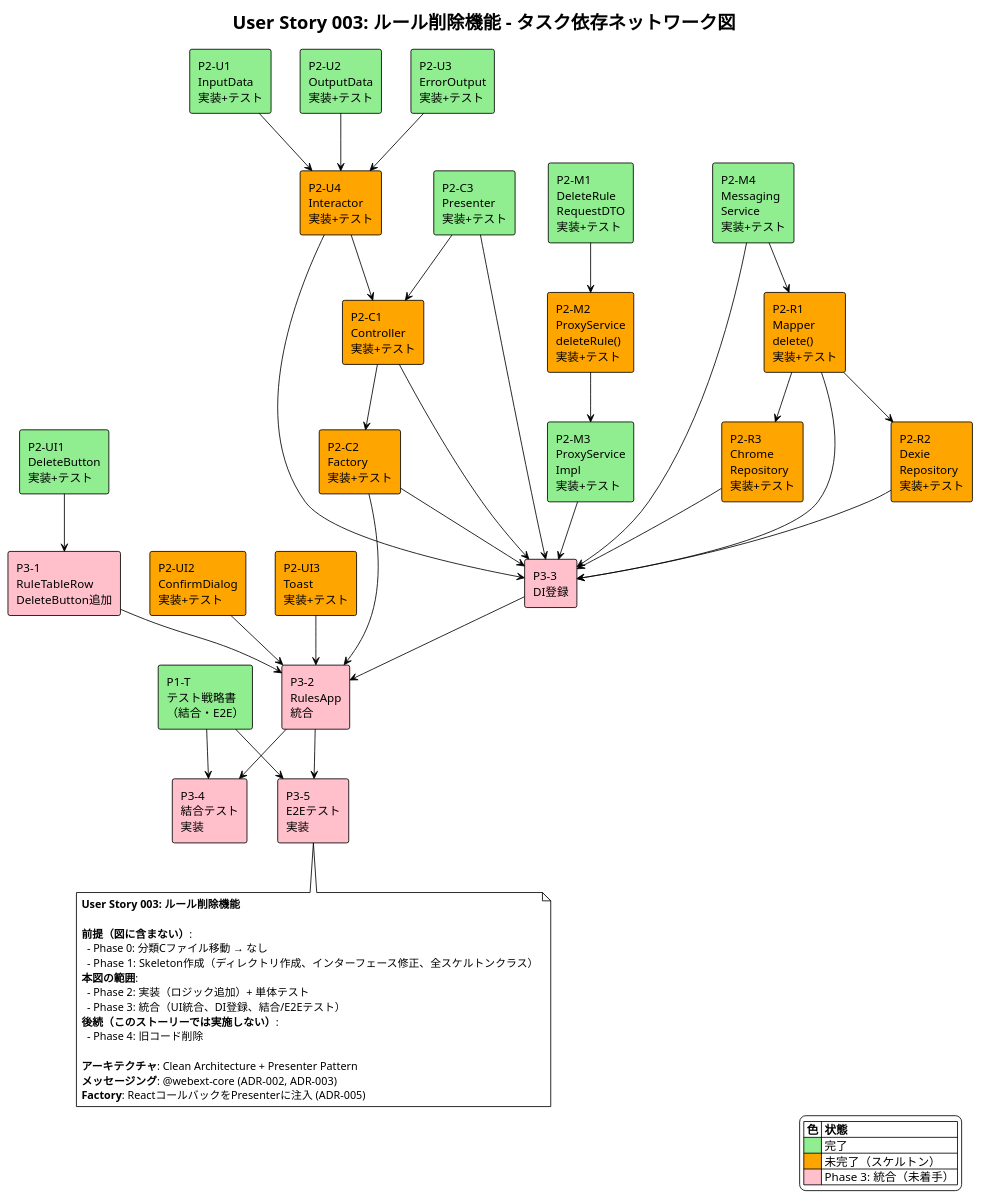
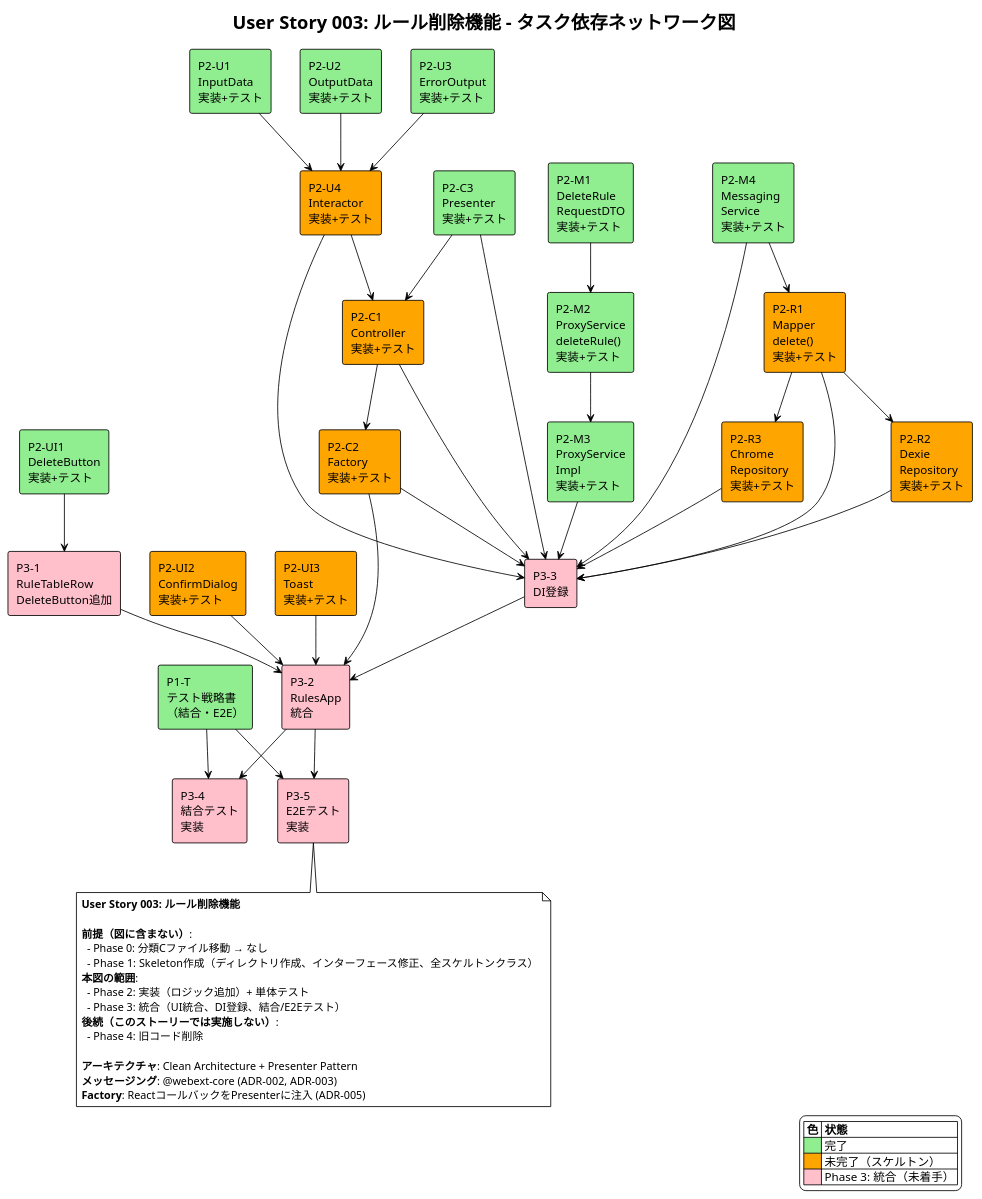
One commit to akAredminEogre/frog-frame-front changed the diagram in docs/user-stories/user-story-003/network-diagram.puml. Above: the diagram before and after it, drawn with PlantUML. The commit also changed 2 other files, not shown here.

```diff
--- a/docs/user-stories/user-story-003/network-diagram.puml
+++ b/docs/user-stories/user-story-003/network-diagram.puml
@@ -1,103 +1,103 @@
 @startuml user-story-003-network-diagram
 !theme plain
 title User Story 003: ルール削除機能 - タスク依存ネットワーク図
 
 ' Phase 1: テスト戦略書
 rectangle "P1-T\nテスト戦略書\n（結合・E2E）" as testStrategy #lightgreen
 
 ' Phase 2: 実装 - メッセージング
 rectangle "P2-M1\nDeleteRule\nRequestDTO\n実装+テスト" as requestDtoImpl #lightgreen
-rectangle "P2-M2\nProxyService\ndeleteRule()\n実装+テスト" as proxyImpl #orange
+rectangle "P2-M2\nProxyService\ndeleteRule()\n実装+テスト" as proxyImpl #lightgreen
 rectangle "P2-M3\nProxyService\nImpl\n実装+テスト" as proxyImplImpl #lightgreen
 rectangle "P2-M4\nMessaging\nService\n実装+テスト" as msgImpl #lightgreen
 
 ' Phase 2: 実装 - Mapper/Repository
 rectangle "P2-R1\nMapper\ndelete()\n実装+テスト" as mapperImpl #orange
 rectangle "P2-R2\nDexie\nRepository\n実装+テスト" as dexieImpl #orange
 rectangle "P2-R3\nChrome\nRepository\n実装+テスト" as chromeImpl #orange
 
 ' Phase 2: 実装 - UseCase
 rectangle "P2-U1\nInputData\n実装+テスト" as inputImpl #lightgreen
 rectangle "P2-U2\nOutputData\n実装+テスト" as outputImpl #lightgreen
 rectangle "P2-U3\nErrorOutput\n実装+テスト" as errorImpl #lightgreen
 rectangle "P2-U4\nInteractor\n実装+テスト" as interactorImpl #orange
 
 ' Phase 2: 実装 - Controller/Presenter
 rectangle "P2-C1\nController\n実装+テスト" as controllerImpl #orange
 rectangle "P2-C2\nFactory\n実装+テスト" as factoryImpl #orange
 rectangle "P2-C3\nPresenter\n実装+テスト" as presenterImpl #lightgreen
 
 ' Phase 2: 実装 - UI
 rectangle "P2-UI1\nDeleteButton\n実装+テスト" as deleteBtnImpl #lightgreen
 rectangle "P2-UI2\nConfirmDialog\n実装+テスト" as confirmImpl #orange
 rectangle "P2-UI3\nToast\n実装+テスト" as toastImpl #orange
 
 ' Phase 3: 統合
 rectangle "P3-1\nRuleTableRow\nDeleteButton追加" as tableRowInteg #pink
 rectangle "P3-2\nRulesApp\n統合" as rulesAppInteg #pink
 rectangle "P3-3\nDI登録" as diReg #pink
 rectangle "P3-4\n結合テスト\n実装" as integrationTest #pink
 rectangle "P3-5\nE2Eテスト\n実装" as e2eTest #pink
 
 ' 依存関係: Phase 2 内部
 requestDtoImpl --> proxyImpl
 proxyImpl --> proxyImplImpl
 msgImpl --> mapperImpl
 mapperImpl --> dexieImpl
 mapperImpl --> chromeImpl
 inputImpl --> interactorImpl
 outputImpl --> interactorImpl
 errorImpl --> interactorImpl
 interactorImpl --> controllerImpl
 presenterImpl --> controllerImpl
 controllerImpl --> factoryImpl
 
 ' 依存関係: Phase 2 → Phase 3
 deleteBtnImpl --> tableRowInteg
 tableRowInteg --> rulesAppInteg
 confirmImpl --> rulesAppInteg
 toastImpl --> rulesAppInteg
 factoryImpl --> rulesAppInteg
 controllerImpl --> diReg
 presenterImpl --> diReg
 factoryImpl --> diReg
 interactorImpl --> diReg
 proxyImplImpl --> diReg
 msgImpl --> diReg
 mapperImpl --> diReg
 dexieImpl --> diReg
 chromeImpl --> diReg
 diReg --> rulesAppInteg
 
 ' 依存関係: テスト
 testStrategy --> integrationTest
 testStrategy --> e2eTest
 rulesAppInteg --> integrationTest
 rulesAppInteg --> e2eTest
 
 ' 凡例
 legend right
   |= 色 |= 状態 |
   | <#lightgreen> | 完了 |
   | <#orange> | 未完了（スケルトン） |
   | <#pink> | Phase 3: 統合（未着手） |
 endlegend
 
 note bottom
 **User Story 003: ルール削除機能**
 
 **前提（図に含まない）**:
   - Phase 0: 分類Cファイル移動 → なし
   - Phase 1: Skeleton作成（ディレクトリ作成、インターフェース修正、全スケルトンクラス）
 **本図の範囲**:
   - Phase 2: 実装（ロジック追加）+ 単体テスト
   - Phase 3: 統合（UI統合、DI登録、結合/E2Eテスト）
 **後続（このストーリーでは実施しない）**:
   - Phase 4: 旧コード削除
 
 **アーキテクチャ**: Clean Architecture + Presenter Pattern
 **メッセージング**: @webext-core (ADR-002, ADR-003)
 **Factory**: ReactコールバックをPresenterに注入 (ADR-005)
 end note
 
 @enduml
```
